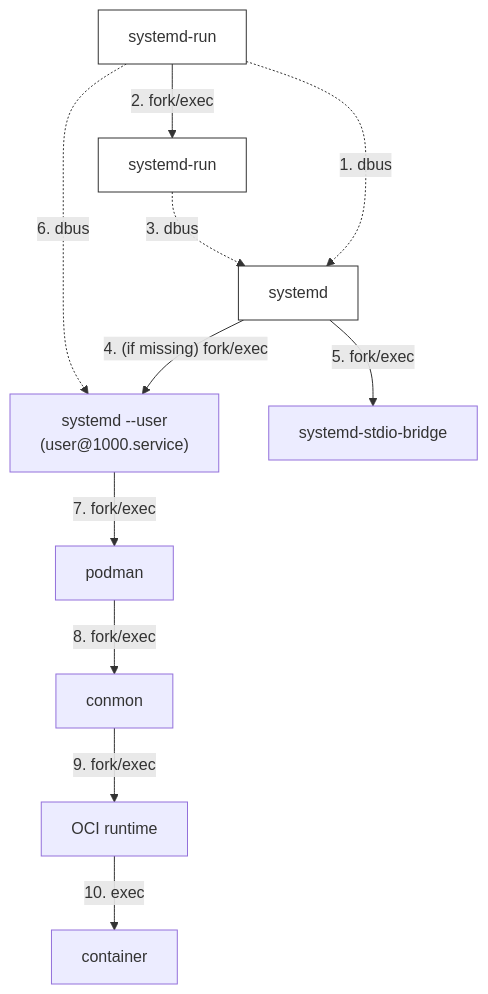
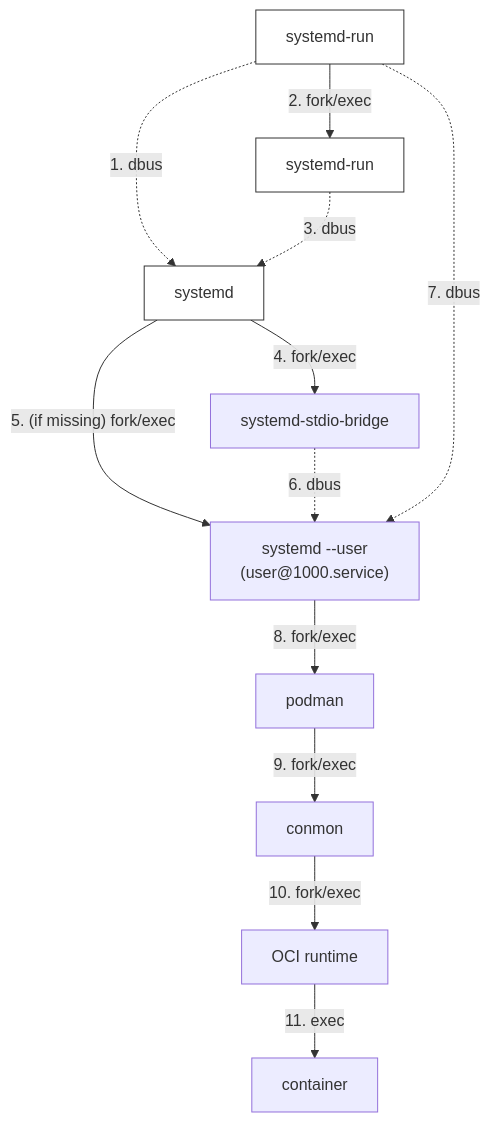
The second of 2 diagrams in README.md (eriksjolund/podman-systemd-run-docs), drawn with Mermaid before and after one commit. The commit also changed other lines of this file, not shown here.

Commit message:
Update --machine diagram and step descriptions

````diff
--- a/README.md
+++ b/README.md
@@ -92,17 +92,18 @@
 ``` mermaid
 graph TB
 
     a1[systemd-run] -.->|1. dbus| a2[systemd]
     a1 -->|"2. fork/exec"| a3[systemd-run]
     a3 -.->|"3. dbus"| a2
-    a2 -->|"4. (if missing) fork/exec"| a4["systemd --user<br>(user@1000.service)"]
-    a2 -->|"5. fork/exec"| a5[systemd-stdio-bridge]
-    a1 -.->|"6. dbus"| a4
-    a4 -->|7. fork/exec| a6[podman]
-    a6 -->|8. fork/exec| a7[conmon]
-    a7 -->|9. fork/exec| a8[OCI runtime]
-    a8 -->|10. exec| a9[container]
+    a2 -->|"4. fork/exec"| a5[systemd-stdio-bridge]    
+    a2 -->|"5. (if missing) fork/exec"| a4["systemd --user<br>(user@1000.service)"]
+    a5 -.->|"6. dbus"| a4
+    a1 -.->|"7. dbus"| a4
+    a4 -->|8. fork/exec| a6[podman]
+    a6 -->|9. fork/exec| a7[conmon]
+    a7 -->|10. fork/exec| a8[OCI runtime]
+    a8 -->|11. exec| a9[container]
 
     classDef white fill:#fff,stroke:#333;
     class a1,a2,a3 white;
 ```
````
